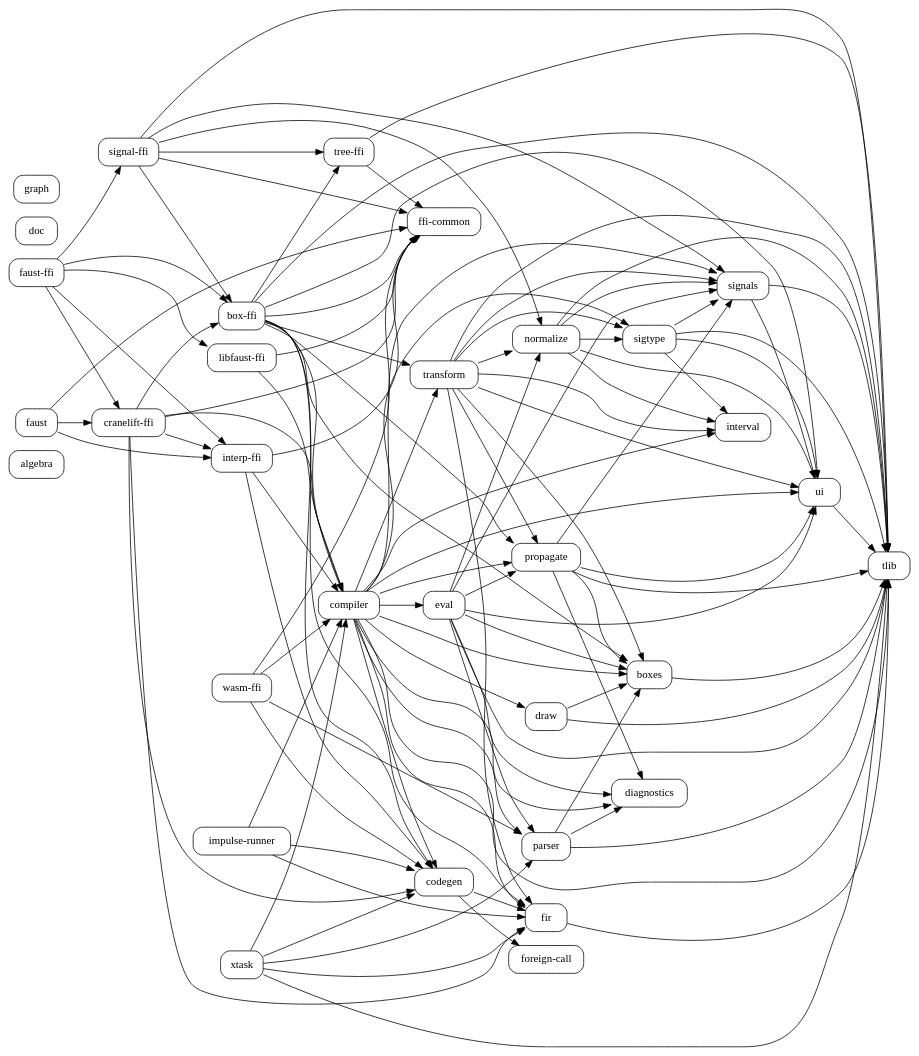
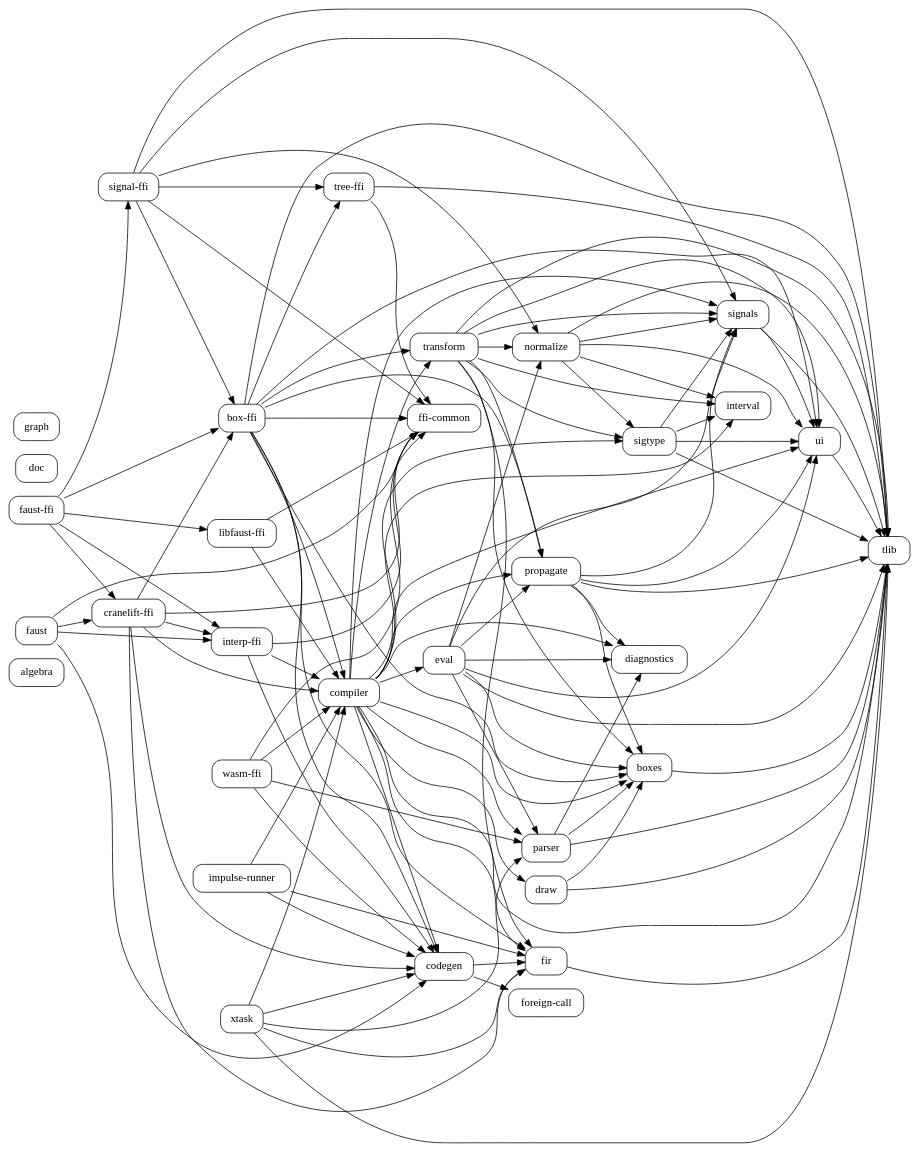
Before and after one commit to grame-cncm/faust-rs: the diagram in docs/code-graphs/internal-crate-deps.dot, drawn with Graphviz. The commit also changed 19 other files, not shown here.

First line of the commit message:
faust, codegen, cranelift-ffi: Control::shortname and set_param_value/get_param_value by path, shortname or label as MapUI; one PathBuilder port (codegen::shortname::build_path) for the facade and faustprobe

```diff
--- a/docs/code-graphs/internal-crate-deps.dot
+++ b/docs/code-graphs/internal-crate-deps.dot
@@ -1,142 +1,143 @@
 digraph workspace_crates {
     rankdir=LR;
     node [shape=box, style="rounded"];
     "algebra";
     "box-ffi";
     "boxes";
     "codegen";
     "compiler";
     "cranelift-ffi";
     "diagnostics";
     "doc";
     "draw";
     "eval";
     "faust";
     "faust-ffi";
     "ffi-common";
     "fir";
     "foreign-call";
     "graph";
     "impulse-runner";
     "interp-ffi";
     "interval";
     "libfaust-ffi";
     "normalize";
     "parser";
     "propagate";
     "signal-ffi";
     "signals";
     "sigtype";
     "tlib";
     "transform";
     "tree-ffi";
     "ui";
     "wasm-ffi";
     "xtask";
     "box-ffi" -> "boxes";
     "box-ffi" -> "codegen";
     "box-ffi" -> "compiler";
     "box-ffi" -> "ffi-common";
     "box-ffi" -> "fir";
     "box-ffi" -> "propagate";
     "box-ffi" -> "tlib";
     "box-ffi" -> "transform";
     "box-ffi" -> "tree-ffi";
     "box-ffi" -> "ui";
     "boxes" -> "tlib";
     "codegen" -> "fir";
     "codegen" -> "foreign-call";
     "compiler" -> "boxes";
     "compiler" -> "codegen";
     "compiler" -> "diagnostics";
     "compiler" -> "draw";
     "compiler" -> "eval";
     "compiler" -> "fir";
     "compiler" -> "interval";
     "compiler" -> "parser";
     "compiler" -> "propagate";
     "compiler" -> "signals";
     "compiler" -> "sigtype";
     "compiler" -> "tlib";
     "compiler" -> "transform";
     "compiler" -> "ui";
     "cranelift-ffi" -> "box-ffi";
     "cranelift-ffi" -> "codegen";
     "cranelift-ffi" -> "compiler";
     "cranelift-ffi" -> "ffi-common";
     "cranelift-ffi" -> "fir";
     "cranelift-ffi" -> "interp-ffi";
     "draw" -> "boxes";
     "draw" -> "tlib";
     "eval" -> "boxes";
     "eval" -> "diagnostics";
     "eval" -> "normalize";
     "eval" -> "parser";
     "eval" -> "propagate";
     "eval" -> "signals";
     "eval" -> "tlib";
     "eval" -> "ui";
+    "faust" -> "codegen";
     "faust" -> "cranelift-ffi";
     "faust" -> "ffi-common";
     "faust" -> "interp-ffi";
     "faust-ffi" -> "box-ffi";
     "faust-ffi" -> "cranelift-ffi";
     "faust-ffi" -> "interp-ffi";
     "faust-ffi" -> "libfaust-ffi";
     "faust-ffi" -> "signal-ffi";
     "fir" -> "tlib";
     "impulse-runner" -> "codegen";
     "impulse-runner" -> "compiler";
     "impulse-runner" -> "fir";
     "interp-ffi" -> "codegen";
     "interp-ffi" -> "compiler";
     "interp-ffi" -> "ffi-common";
     "libfaust-ffi" -> "compiler";
     "libfaust-ffi" -> "ffi-common";
     "normalize" -> "interval";
     "normalize" -> "signals";
     "normalize" -> "sigtype";
     "normalize" -> "tlib";
     "normalize" -> "ui";
     "parser" -> "boxes";
     "parser" -> "diagnostics";
     "parser" -> "tlib";
     "propagate" -> "boxes";
     "propagate" -> "diagnostics";
     "propagate" -> "signals";
     "propagate" -> "tlib";
     "propagate" -> "ui";
     "signal-ffi" -> "box-ffi";
     "signal-ffi" -> "ffi-common";
     "signal-ffi" -> "normalize";
     "signal-ffi" -> "signals";
     "signal-ffi" -> "tlib";
     "signal-ffi" -> "tree-ffi";
     "signals" -> "tlib";
     "signals" -> "ui";
     "sigtype" -> "interval";
     "sigtype" -> "signals";
     "sigtype" -> "tlib";
     "sigtype" -> "ui";
     "transform" -> "boxes";
     "transform" -> "fir";
     "transform" -> "interval";
     "transform" -> "normalize";
     "transform" -> "propagate";
     "transform" -> "signals";
     "transform" -> "sigtype";
     "transform" -> "tlib";
     "transform" -> "ui";
     "tree-ffi" -> "ffi-common";
     "tree-ffi" -> "tlib";
     "ui" -> "tlib";
     "wasm-ffi" -> "codegen";
     "wasm-ffi" -> "compiler";
     "wasm-ffi" -> "ffi-common";
     "wasm-ffi" -> "parser";
     "xtask" -> "codegen";
     "xtask" -> "compiler";
     "xtask" -> "fir";
     "xtask" -> "parser";
     "xtask" -> "tlib";
 }
```
